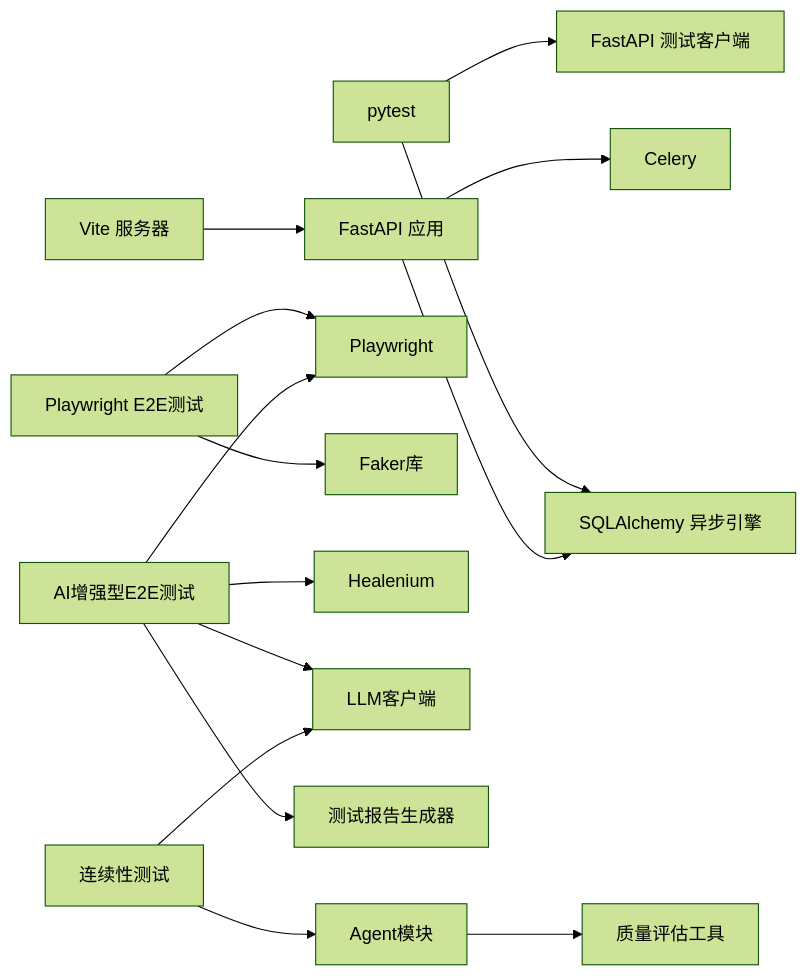
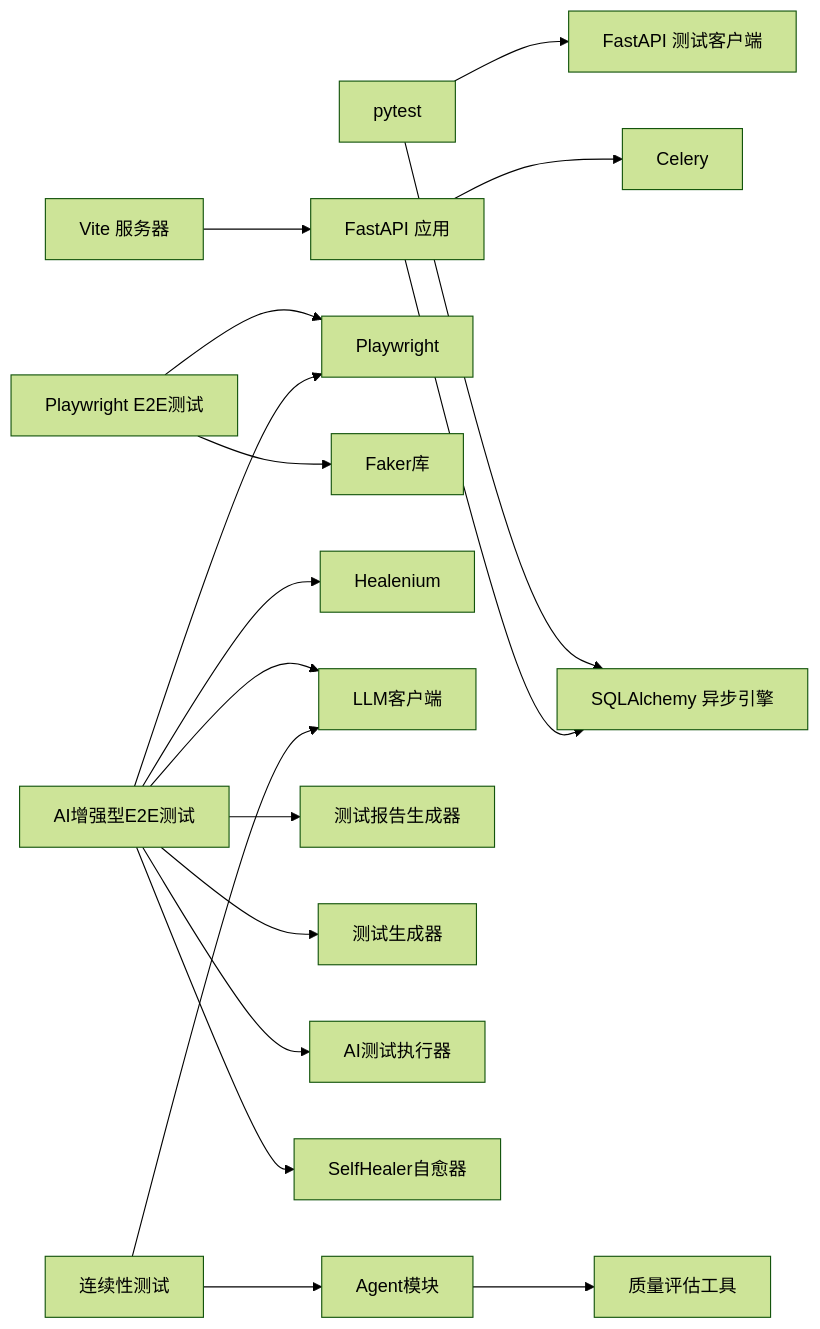
Before and after one commit to xfbyxq/ai-novel-system: the eighth of 8 diagrams in .qoder/repowiki/zh/content/测试策略/测试策略.md, drawn with Mermaid (forest theme). The commit also changed other lines of this file and 4 other files, not shown here.

````diff
--- a/.qoder/repowiki/zh/content/测试策略/测试策略.md
+++ b/.qoder/repowiki/zh/content/测试策略/测试策略.md
@@ -560,17 +577,20 @@
 ```mermaid
 graph LR
 PY["pytest"] --> DB["SQLAlchemy 异步引擎"]
 PY --> HTTP["FastAPI 测试客户端"]
 VITE["Vite 服务器"] --> BE["FastAPI 应用"]
 BE --> DB
 BE --> CEL["Celery"]
 E2E["Playwright E2E测试"] --> PW["Playwright"]
 E2E --> FAKE["Faker库"]
 AI_E2E["AI增强型E2E测试"] --> PW
 AI_E2E --> HL["Healenium"]
 AI_E2E --> LLM["LLM客户端"]
 AI_E2E --> REPORT["测试报告生成器"]
+AI_E2E --> GEN["测试生成器"]
+AI_E2E --> EXEC["AI测试执行器"]
+AI_E2E --> HEAL["SelfHealer自愈器"]
 CONTINUITY["连续性测试"] --> AGENTS["Agent模块"]
 CONTINUITY --> LLM
 AGENTS --> QUALITY["质量评估工具"]
 ```
````
